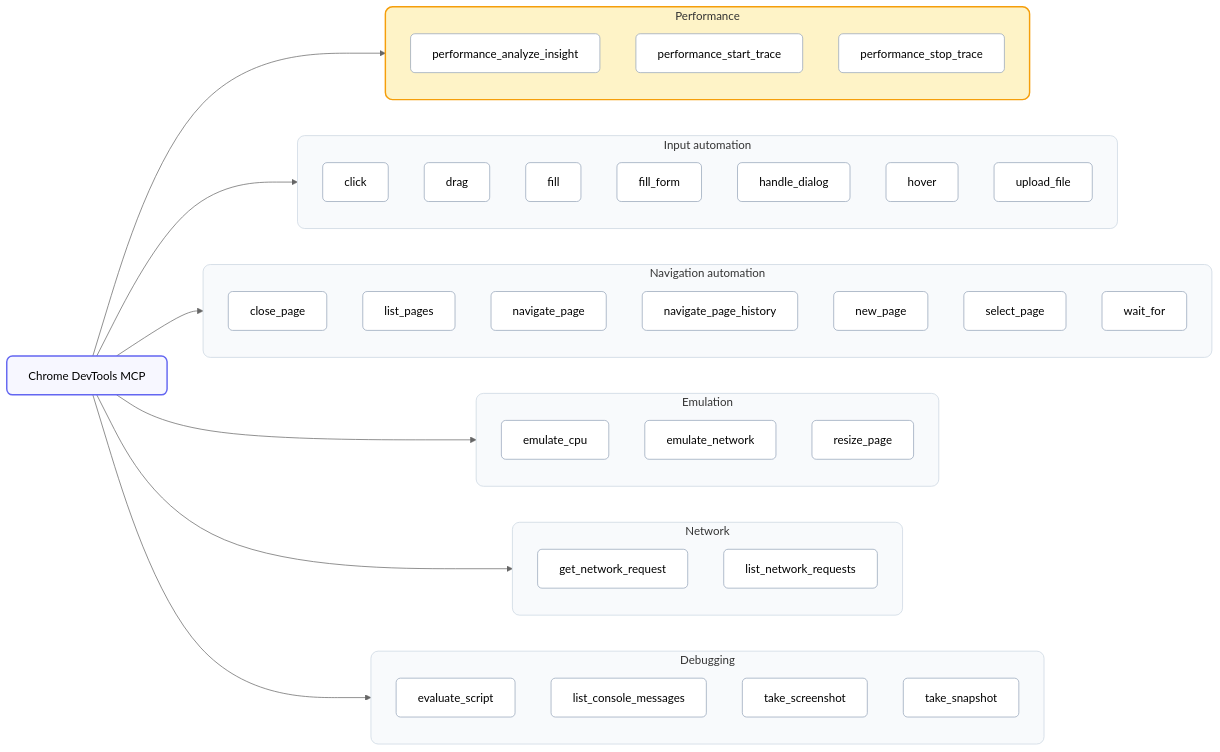
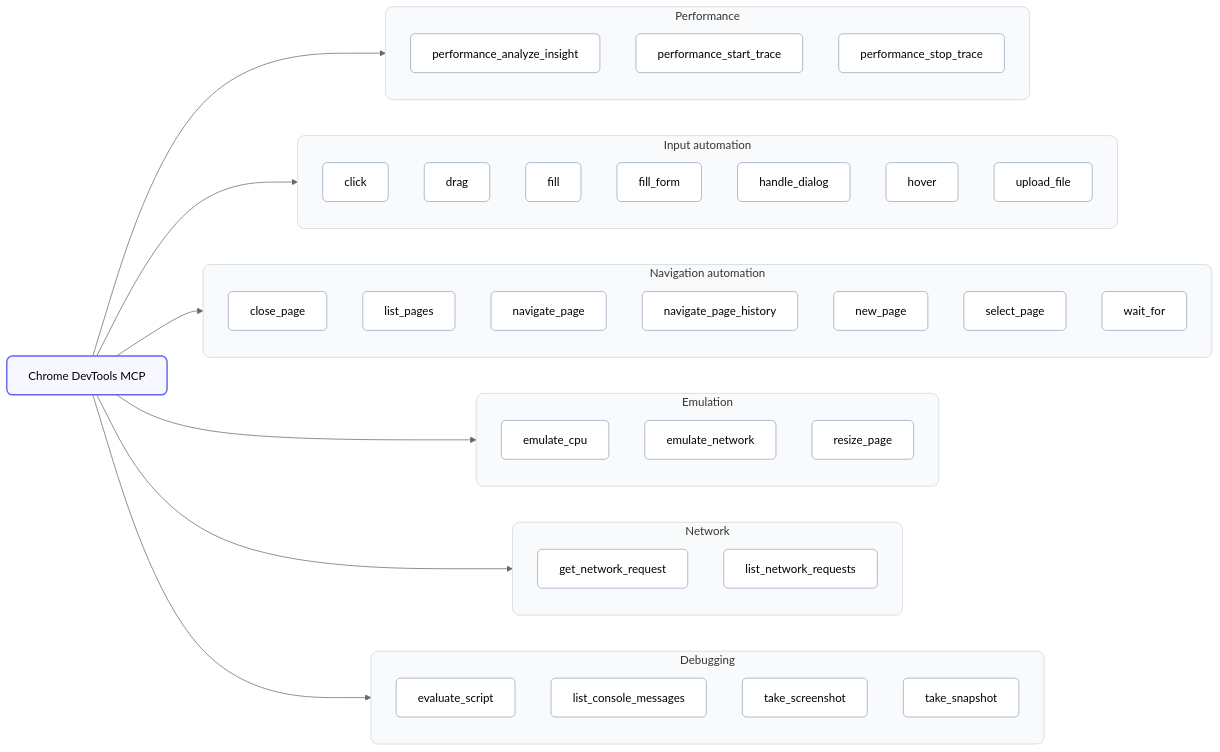
Before and after one commit to slawekradzyminski/awesome-testing.com: the third of 3 diagrams in _posts/2025-09-24-chrome-dev-tools-mcp.md, drawn with Mermaid (neutral theme). The commit also changed other lines of this file, not shown here.

````diff
--- a/_posts/2025-09-24-chrome-dev-tools-mcp.md
+++ b/_posts/2025-09-24-chrome-dev-tools-mcp.md
@@ -89,66 +75,64 @@
 ```mermaid
 flowchart LR
   A[Chrome DevTools MCP]
 
   subgraph PF[Performance]
     PF1[performance_analyze_insight]
     PF2[performance_start_trace]
     PF3[performance_stop_trace]
   end
 
   subgraph IA[Input automation]
     IA1[click]
     IA2[drag]
     IA3[fill]
     IA4[fill_form]
     IA5[handle_dialog]
     IA6[hover]
     IA7[upload_file]
   end
 
   subgraph NA[Navigation automation]
     NA1[close_page]
     NA2[list_pages]
     NA3[navigate_page]
     NA4[navigate_page_history]
     NA5[new_page]
     NA6[select_page]
     NA7[wait_for]
   end
 
   subgraph EM[Emulation]
     EM1[emulate_cpu]
     EM2[emulate_network]
     EM3[resize_page]
   end
 
   subgraph NW[Network]
     NW1[get_network_request]
     NW2[list_network_requests]
   end
 
   subgraph DB[Debugging]
     DB1[evaluate_script]
     DB2[list_console_messages]
     DB3[take_screenshot]
     DB4[take_snapshot]
   end
 
   A --> PF
   A --> IA
   A --> NA
   A --> EM
   A --> NW
   A --> DB
 
   %% Optional subtle styling
   classDef hub fill:#f7f7ff,stroke:#6366f1,stroke-width:2px,rx:8,ry:8;
   classDef group fill:#f8fafc,stroke:#cbd5e1,rx:10,ry:10;
-  classDef perf fill:#fef3c7,stroke:#f59e0b,stroke-width:2px,rx:10,ry:10;
   classDef item fill:#ffffff,stroke:#94a3b8,rx:6,ry:6;
 
   class A hub;
-  class PF perf;
-  class IA,NA,EM,NW,DB group;
+  class PF,IA,NA,EM,NW,DB group;
   class IA1,IA2,IA3,IA4,IA5,IA6,IA7,NA1,NA2,NA3,NA4,NA5,NA6,NA7,EM1,EM2,EM3,PF1,PF2,PF3,NW1,NW2,DB1,DB2,DB3,DB4 item;
 ```
````
